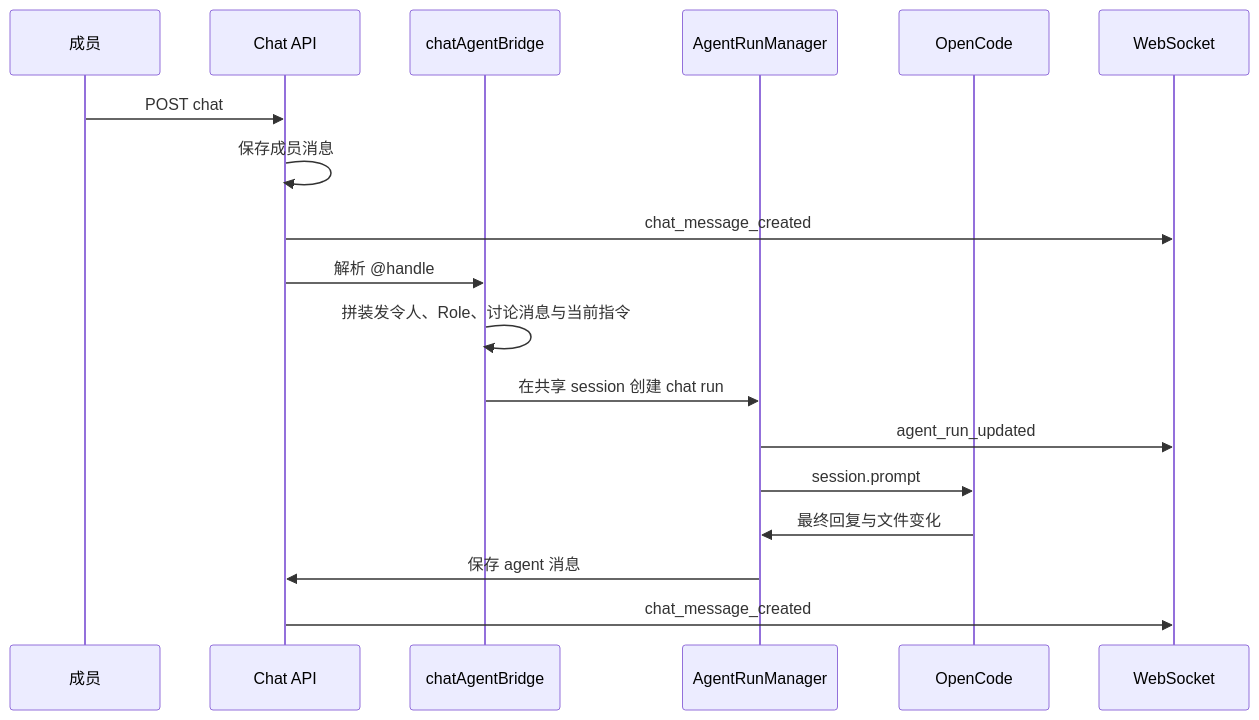
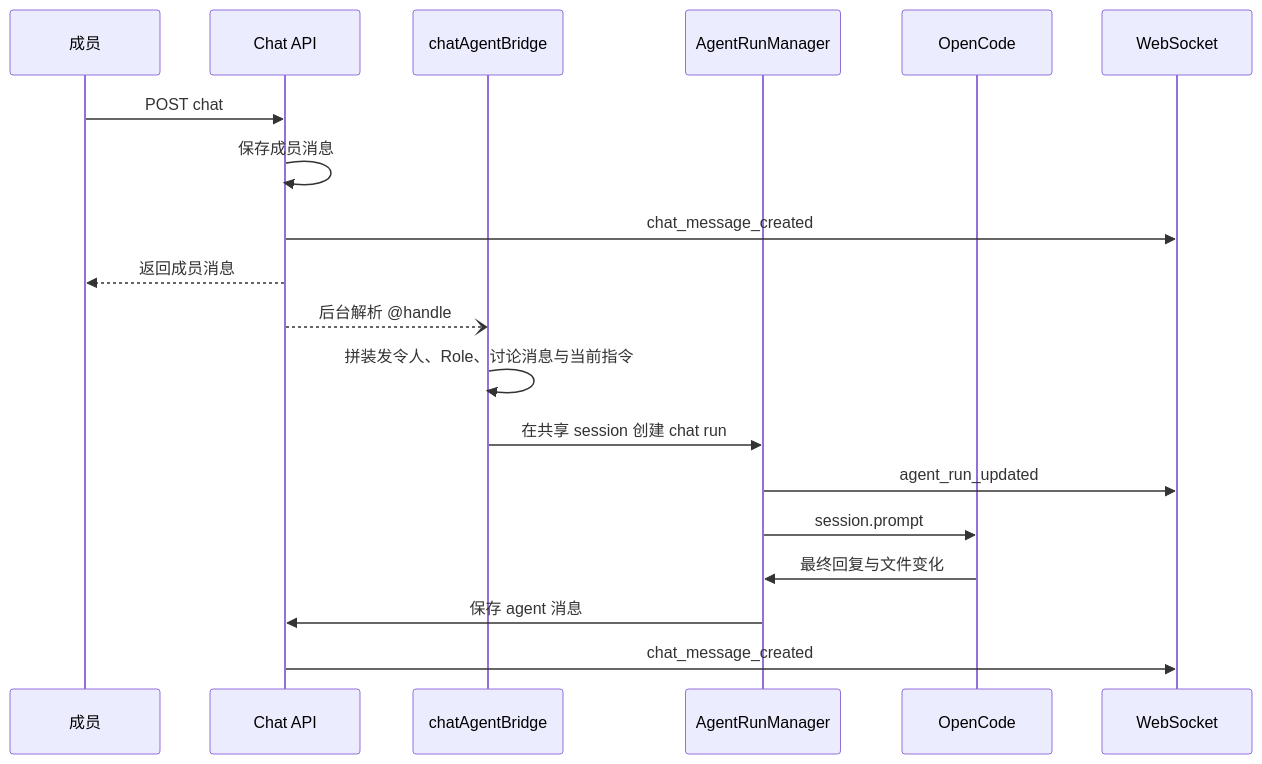
The diagram in docs/foundation/team-agent.md (Baokker/SimpleRCPv2), drawn with Mermaid before and after one commit. The commit also changed other lines of this file and 6 other files, not shown here.

````diff
--- a/docs/foundation/team-agent.md
+++ b/docs/foundation/team-agent.md
@@ -17,21 +17,22 @@
 ```mermaid
 sequenceDiagram
   participant M as 成员
   participant C as Chat API
   participant B as chatAgentBridge
   participant Q as AgentRunManager
   participant O as OpenCode
   participant W as WebSocket
 
   M->>C: POST chat
   C->>C: 保存成员消息
   C->>W: chat_message_created
-  C->>B: 解析 @handle
+  C-->>M: 返回成员消息
+  C--)B: 后台解析 @handle
   B->>B: 拼装发令人、Role、讨论消息与当前指令
   B->>Q: 在共享 session 创建 chat run
   Q->>W: agent_run_updated
   Q->>O: session.prompt
   O->>Q: 最终回复与文件变化
   Q->>C: 保存 agent 消息
   C->>W: chat_message_created
 ```
````
